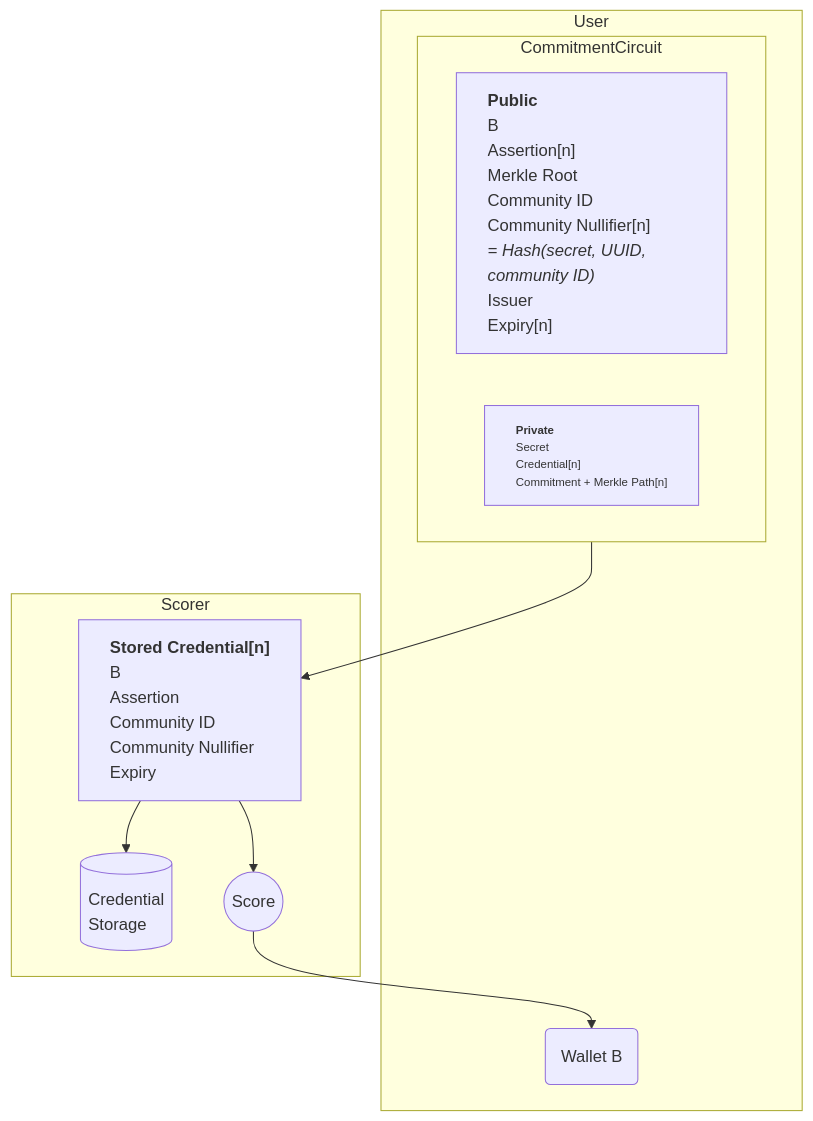
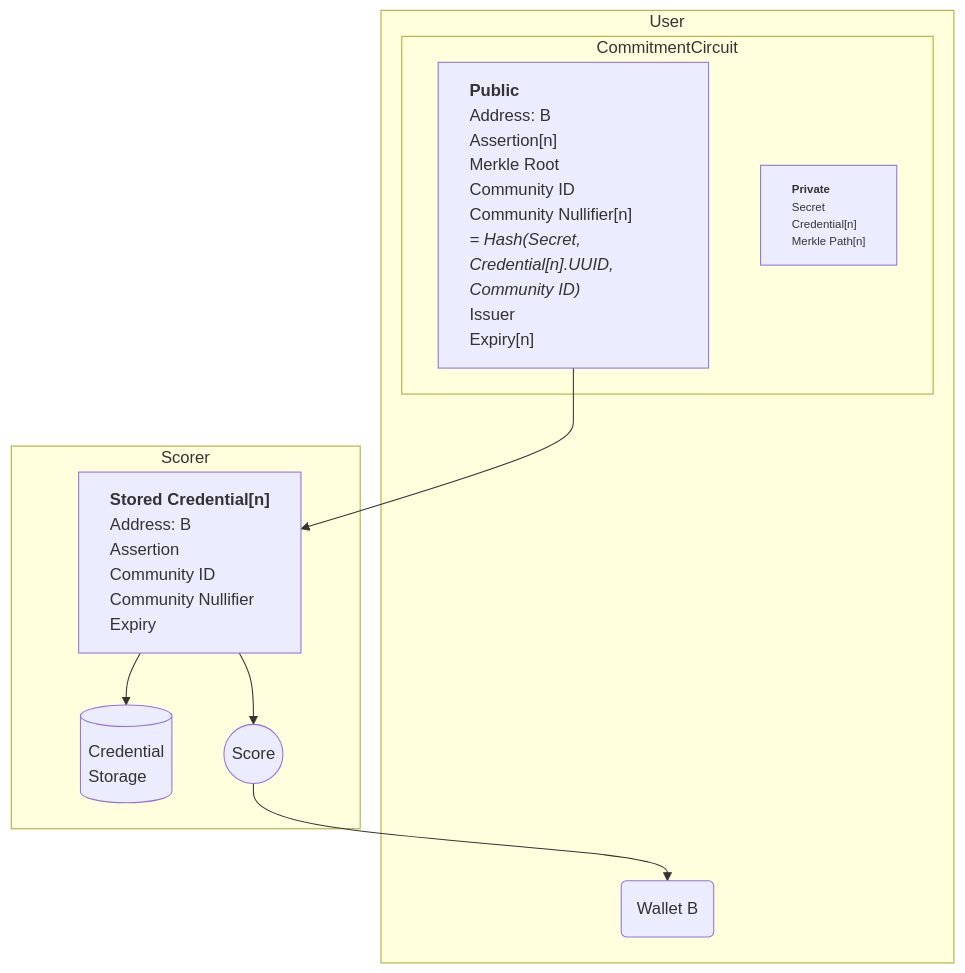
Before and after one commit to passportxyz/passport: the diagram in circuits/docs/scoring.mmd, drawn with Mermaid. The commit also changed 2 other files, not shown here.

Commit message:
finished second draft diagrams

```diff
--- a/circuits/docs/scoring.mmd
+++ b/circuits/docs/scoring.mmd
@@ -1,36 +1,36 @@
 graph TB
     %%{init: {"flowchart": {"htmlLabels": false}} }%%
     classDef default line-height:1.5,text-align:left;
     classDef FixFont font-size:11px,top:20px;
     subgraph User
       B(Wallet B)
       subgraph CommitmentCircuit
         CommitmentPublic["`**Public**
-          B
+          Address: B
           Assertion[n]
           Merkle Root
           Community ID
           Community Nullifier[n]
-          *= Hash(secret, UUID, community ID)*
+          *= Hash(Secret, Credential[n].UUID, Community ID)*
           Issuer
           Expiry[n]`"]
         CommitmentPrivate["`**Private**
           Secret
           Credential[n]
-          Commitment + Merkle Path[n]`"]:::FixFont
+          Merkle Path[n]`"]:::FixFont
       end
     end
 
     subgraph Scorer
       StoredCredential["`**Stored Credential[n]**
-          B
+          Address: B
           Assertion
           Community ID
           Community Nullifier
           Expiry`"]
       StoredCredential-->Database[(Credential\nStorage)]
       StoredCredential-->Score((Score))
     end
 
     Score-->B
-    CommitmentCircuit-->StoredCredential
+    CommitmentPublic-->StoredCredential
```
